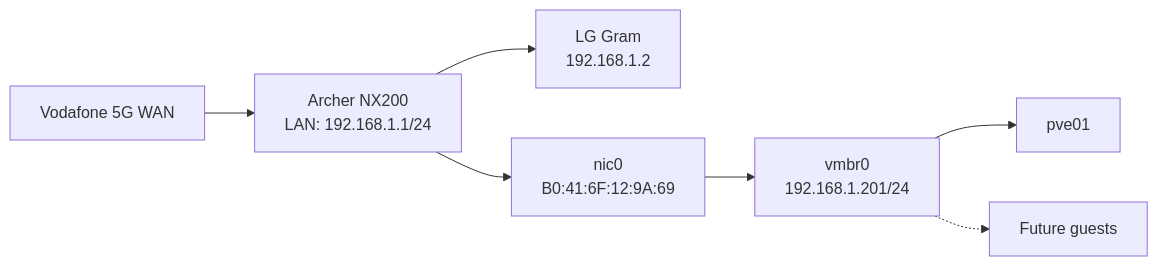
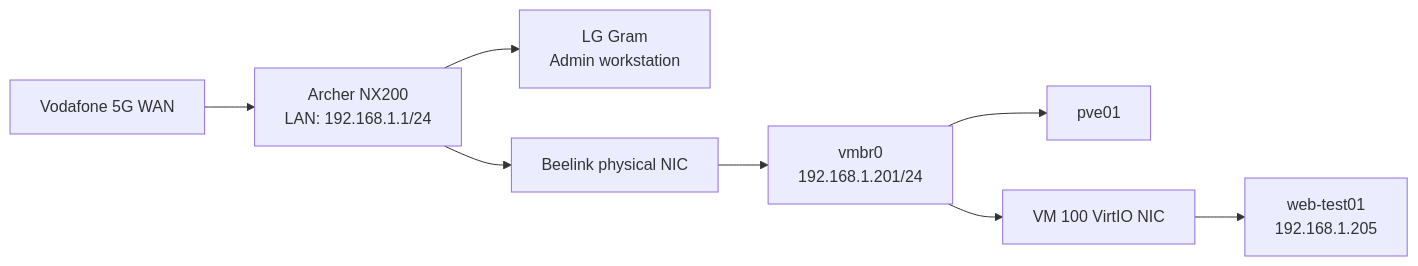
Before and after one commit to dgsuma/dgs-private-cloud: the diagram in docs/04-networking.md, drawn with Mermaid. The commit also changed other lines of this file and 19 other files, not shown here.

````diff
--- a/docs/04-networking.md
+++ b/docs/04-networking.md
@@ -27,17 +27,19 @@
 ```mermaid
 flowchart LR
     Vodafone["Vodafone 5G WAN"]
     Router["Archer NX200<br/>LAN: 192.168.1.1/24"]
-    Laptop["LG Gram<br/>192.168.1.2"]
+    Laptop["LG Gram<br/>Admin workstation"]
+    NIC["Beelink physical NIC"]
     Bridge["vmbr0<br/>192.168.1.201/24"]
-    NIC["nic0<br/>B0:41:6F:12:9A:69"]
     Host["pve01"]
-    Guests["Future guests"]
+    VMNIC["VM 100 VirtIO NIC"]
+    Guest["web-test01<br/>192.168.1.205"]
 
     Vodafone --> Router
     Router --> Laptop
     Router --> NIC
     NIC --> Bridge
     Bridge --> Host
-    Bridge -.-> Guests
+    Bridge --> VMNIC
+    VMNIC --> Guest
 ```
````
